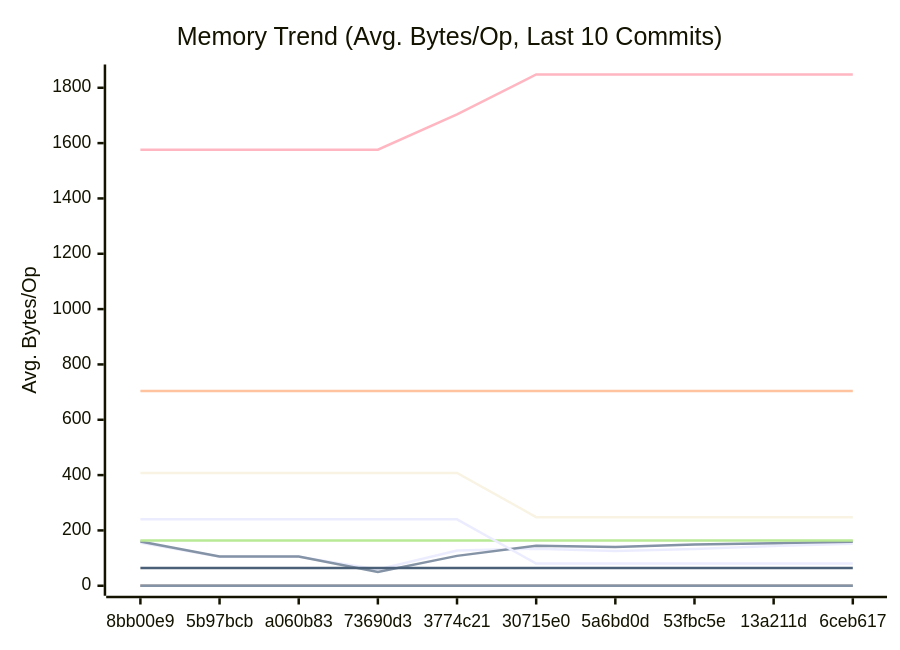
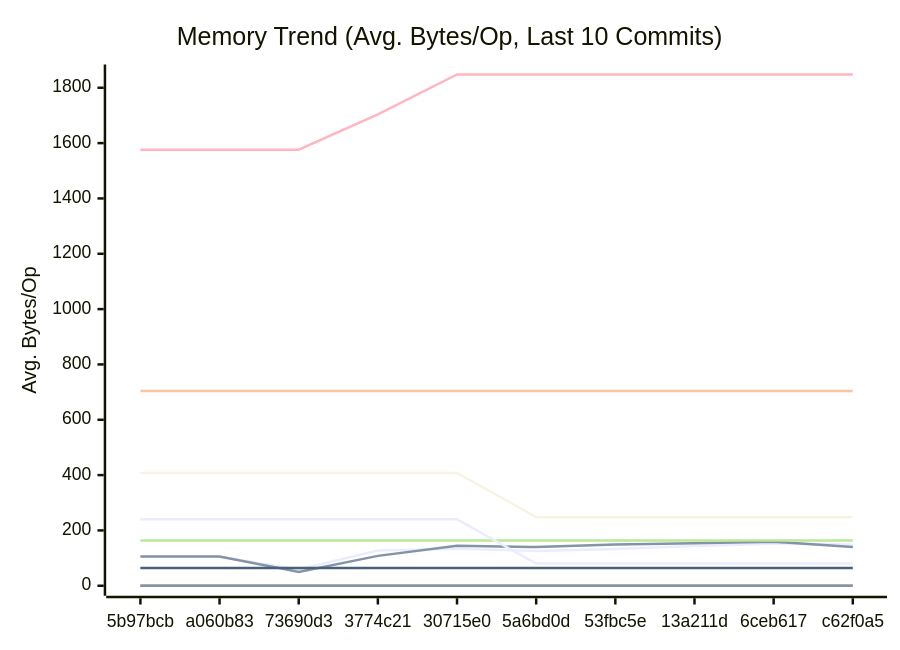
The second of 3 diagrams in docs/PERFORMANCE.md (alsotoes/momo), drawn with Mermaid before and after one commit. The commit also changed other lines of this file and 13 other files, not shown here.

````diff
--- a/docs/PERFORMANCE.md
+++ b/docs/PERFORMANCE.md
@@ -171,20 +171,20 @@
 ```mermaid
 xychart-beta
     title "Memory Trend (Avg. Bytes/Op, Last 10 Commits)"
     x-axis "Commit"
     y-axis "Avg. Bytes/Op"
-    x-axis [8bb00e9,5b97bcb,a060b83,73690d3,3774c21,30715e0,5a6bd0d,53fbc5e,13a211d,6ceb617]
-    line "AWSChunkedReaderSigned" [155,105,105,59,127,134,126,133,144,152]
-    line "AWSChunkedReaderUnsigned" [160,106,106,50,108,145,140,149,154,159]
+    x-axis [5b97bcb,a060b83,73690d3,3774c21,30715e0,5a6bd0d,53fbc5e,13a211d,6ceb617,c62f0a5]
+    line "AWSChunkedReaderSigned" [105,105,59,127,134,126,133,144,152,149]
+    line "AWSChunkedReaderUnsigned" [106,106,50,108,145,140,149,154,159,140]
     line "CheckMetricsAndSwap" [0,0,0,0,0,0,0,0,0,0]
     line "CrushOptimized" [0,0,0,0,0,0,0,0,0,0]
     line "CrushOriginal" [164,164,164,164,164,164,164,164,164,164]
     line "IndexDirectTracking" [0,0,0,0,0,0,0,0,0,0]
     line "IndexSearch" [0,0,0,0,0,0,0,0,0,0]
-    line "LoadGlobalConfig" [1576,1576,1576,1576,1704,1848,1848,1848,1848,1848]
+    line "LoadGlobalConfig" [1576,1576,1576,1704,1848,1848,1848,1848,1848,1848]
     line "PadString" [64,64,64,64,64,64,64,64,64,64]
     line "ParseReplicationOrder_NoPrealloc" [408,408,408,408,408,248,248,248,248,248]
     line "ParseReplicationOrder_Prealloc" [240,240,240,240,240,80,80,80,80,80]
     line "SanitizeLog/Safe" [0,0,0,0,0,0,0,0,0,0]
     line "SanitizeLog/Unsafe" [704,704,704,704,704,704,704,704,704,704]
 ```
````
